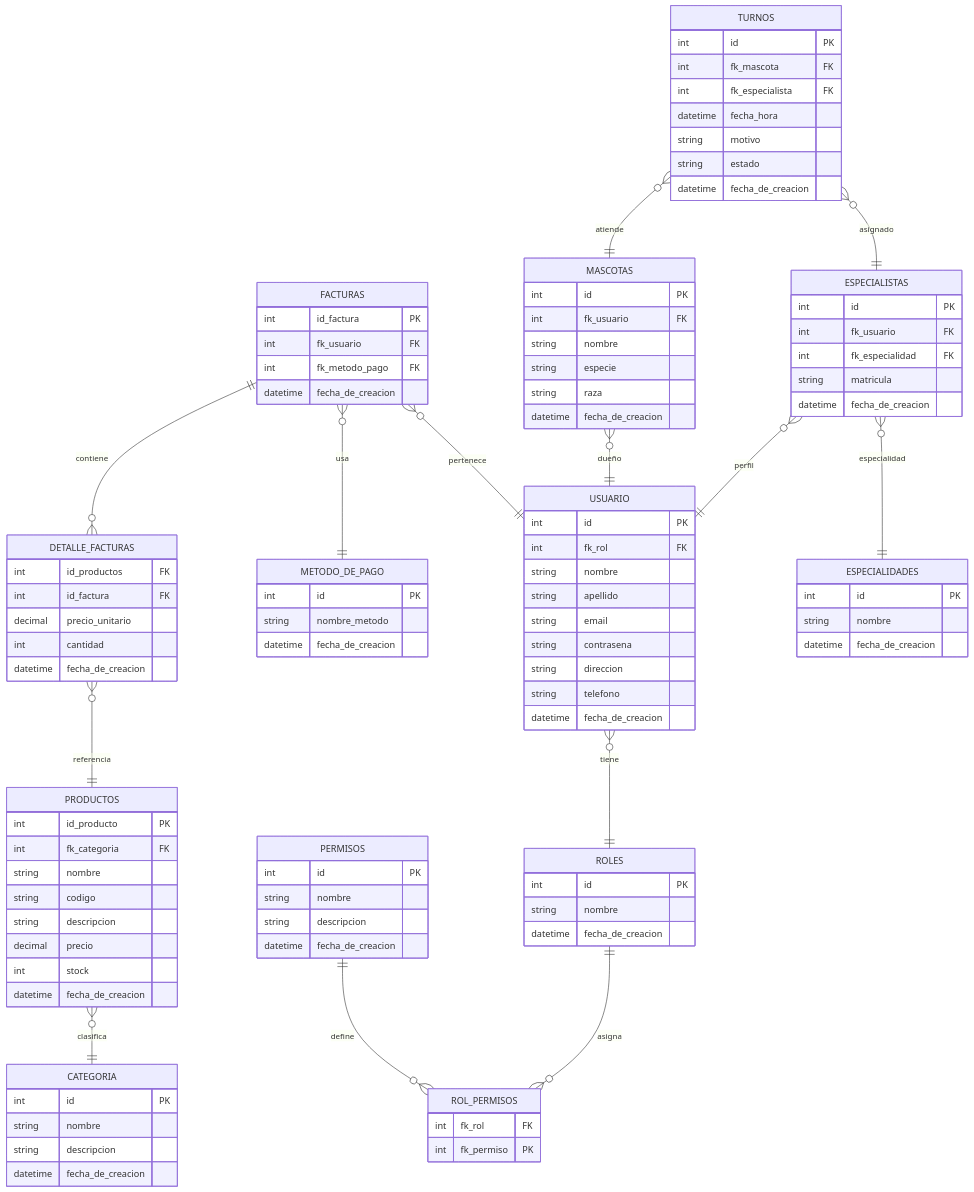
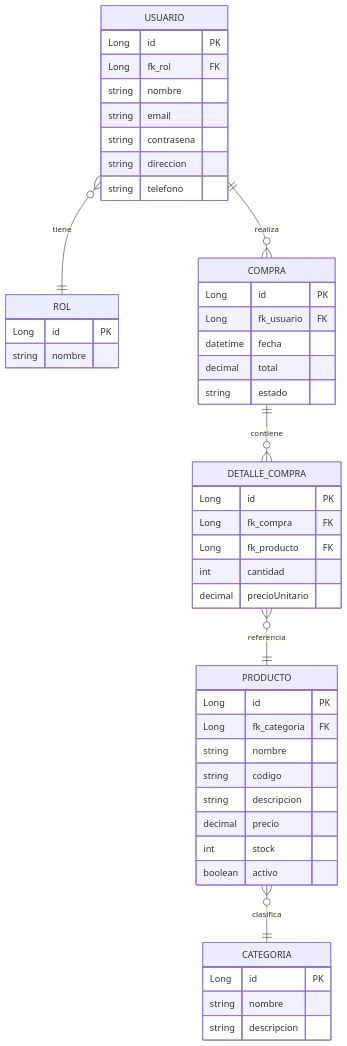
One commit to Team4GoTechy/G4-ms changed the diagram in README.md. Above: the diagram before and after it, drawn with Mermaid. The commit also changed other lines of this file and 49 other files, not shown here.

````diff
--- a/README.md
+++ b/README.md
@@ -4,106 +22,51 @@
 ```mermaid
 erDiagram
-    DETALLE_FACTURAS {
-        int id_productos FK
-        int id_factura FK
-        decimal precio_unitario
-        int cantidad
-        datetime fecha_de_creacion
-    }
-    METODO_DE_PAGO {
-        int id PK
-        string nombre_metodo
-        datetime fecha_de_creacion
-    }
-    FACTURAS {
-        int id_factura PK
-        int fk_usuario FK
-        int fk_metodo_pago FK
-        datetime fecha_de_creacion
-    }
     USUARIO {
-        int id PK
-        int fk_rol FK
+        Long id PK
+        Long fk_rol FK
         string nombre
-        string apellido
         string email
         string contrasena
         string direccion
         string telefono
-        datetime fecha_de_creacion
     }
-    ROLES {
-        int id PK
+    ROL {
+        Long id PK
         string nombre
-        datetime fecha_de_creacion
     }
-    ROL_PERMISOS {
-        int fk_rol FK
-        int fk_permiso PK
-    }
-    PERMISOS {
-        int id PK
-        string nombre
-        string descripcion
-        datetime fecha_de_creacion
-    }
-    PRODUCTOS {
-        int id_producto PK
-        int fk_categoria FK
+    PRODUCTO {
+        Long id PK
+        Long fk_categoria FK
         string nombre
         string codigo
         string descripcion
         decimal precio
         int stock
-        datetime fecha_de_creacion
+        boolean activo
     }
     CATEGORIA {
-        int id PK
+        Long id PK
         string nombre
         string descripcion
-        datetime fecha_de_creacion
     }
-    MASCOTAS {
-        int id PK
-        int fk_usuario FK
-        string nombre
-        string especie
-        string raza
-        datetime fecha_de_creacion
+    COMPRA {
+        Long id PK
+        Long fk_usuario FK
+        datetime fecha
+        decimal total
+        string estado
     }
-    ESPECIALIDADES {
-        int id PK
-        string nombre
-        datetime fecha_de_creacion
-    }
-    ESPECIALISTAS {
-        int id PK
-        int fk_usuario FK
-        int fk_especialidad FK
-        string matricula
-        datetime fecha_de_creacion
-    }
-    TURNOS {
-        int id PK
-        int fk_mascota FK
-        int fk_especialista FK
-        datetime fecha_hora
-        string motivo
-        string estado
-        datetime fecha_de_creacion
+    DETALLE_COMPRA {
+        Long id PK
+        Long fk_compra FK
+        Long fk_producto FK
+        int cantidad
+        decimal precioUnitario
     }
 
-    FACTURAS ||--o{ DETALLE_FACTURAS : contiene
-    FACTURAS }o--|| METODO_DE_PAGO : usa
-    FACTURAS }o--|| USUARIO : pertenece
-    USUARIO }o--|| ROLES : tiene
-    ROLES ||--o{ ROL_PERMISOS : asigna
-    PERMISOS ||--o{ ROL_PERMISOS : define
-    PRODUCTOS }o--|| CATEGORIA : clasifica
-    DETALLE_FACTURAS }o--|| PRODUCTOS : referencia
-    MASCOTAS }o--|| USUARIO : dueño
-    ESPECIALISTAS }o--|| USUARIO : perfil
-    ESPECIALISTAS }o--|| ESPECIALIDADES : especialidad
-    TURNOS }o--|| MASCOTAS : atiende
-    TURNOS }o--|| ESPECIALISTAS : asignado
+    USUARIO ||--o{ COMPRA : realiza
+    USUARIO }o--|| ROL : tiene
+    PRODUCTO }o--|| CATEGORIA : clasifica
+    COMPRA ||--o{ DETALLE_COMPRA : contiene
+    DETALLE_COMPRA }o--|| PRODUCTO : referencia
 ```
````
